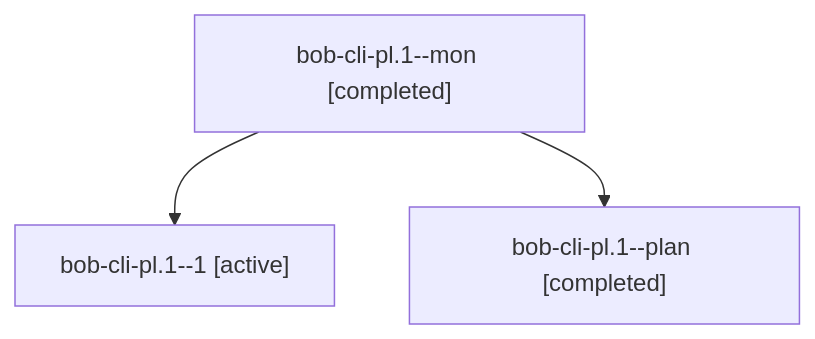
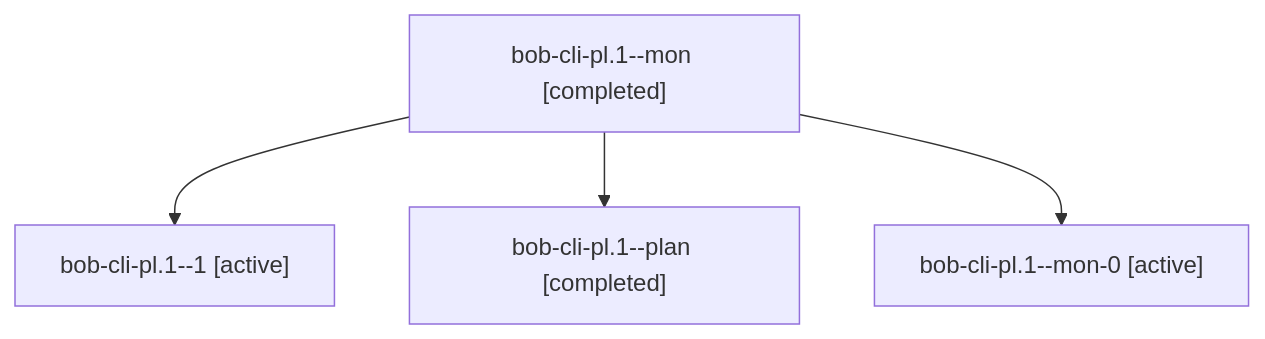
The diagram in sessions/bbugyi200.apollo.bob-cli-pl.1.md (bobs-org/bob-cli--agents), drawn with Mermaid before and after one commit. The commit also changed other lines of this file and 33 other files, not shown here.

````diff
--- a/sessions/bbugyi200.apollo.bob-cli-pl.1.md
+++ b/sessions/bbugyi200.apollo.bob-cli-pl.1.md
@@ -9,8 +9,10 @@
 ```mermaid
 flowchart TD
   n0["bob-cli-pl.1--mon [completed]"]
   n1["bob-cli-pl.1--1 [active]"]
   n0 --> n1
   n2["bob-cli-pl.1--plan [completed]"]
   n0 --> n2
+  n3["bob-cli-pl.1--mon-0 [active]"]
+  n0 --> n3
 ```
````
